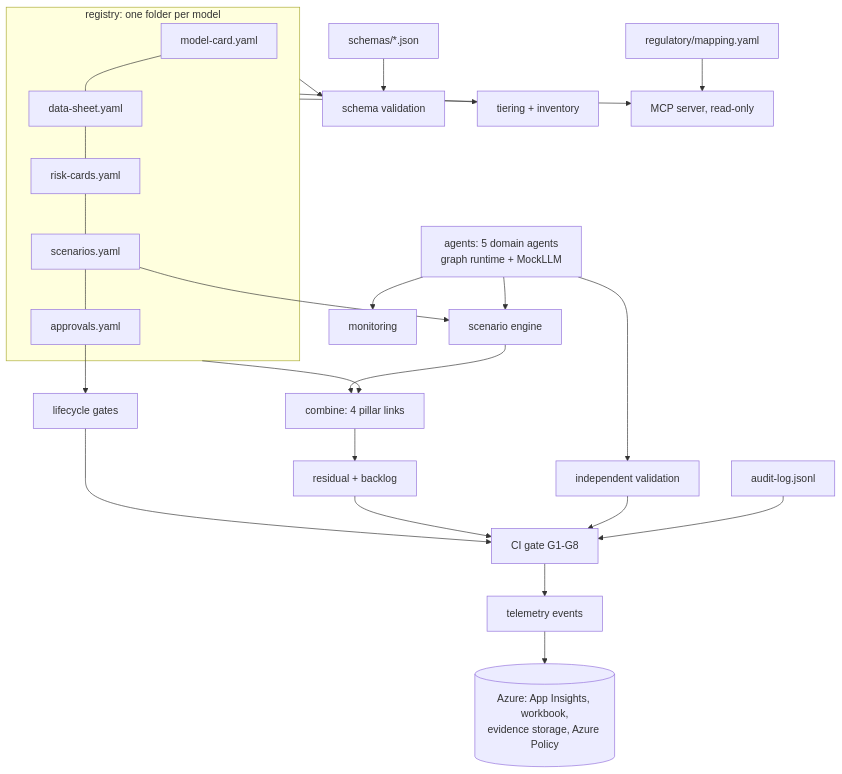
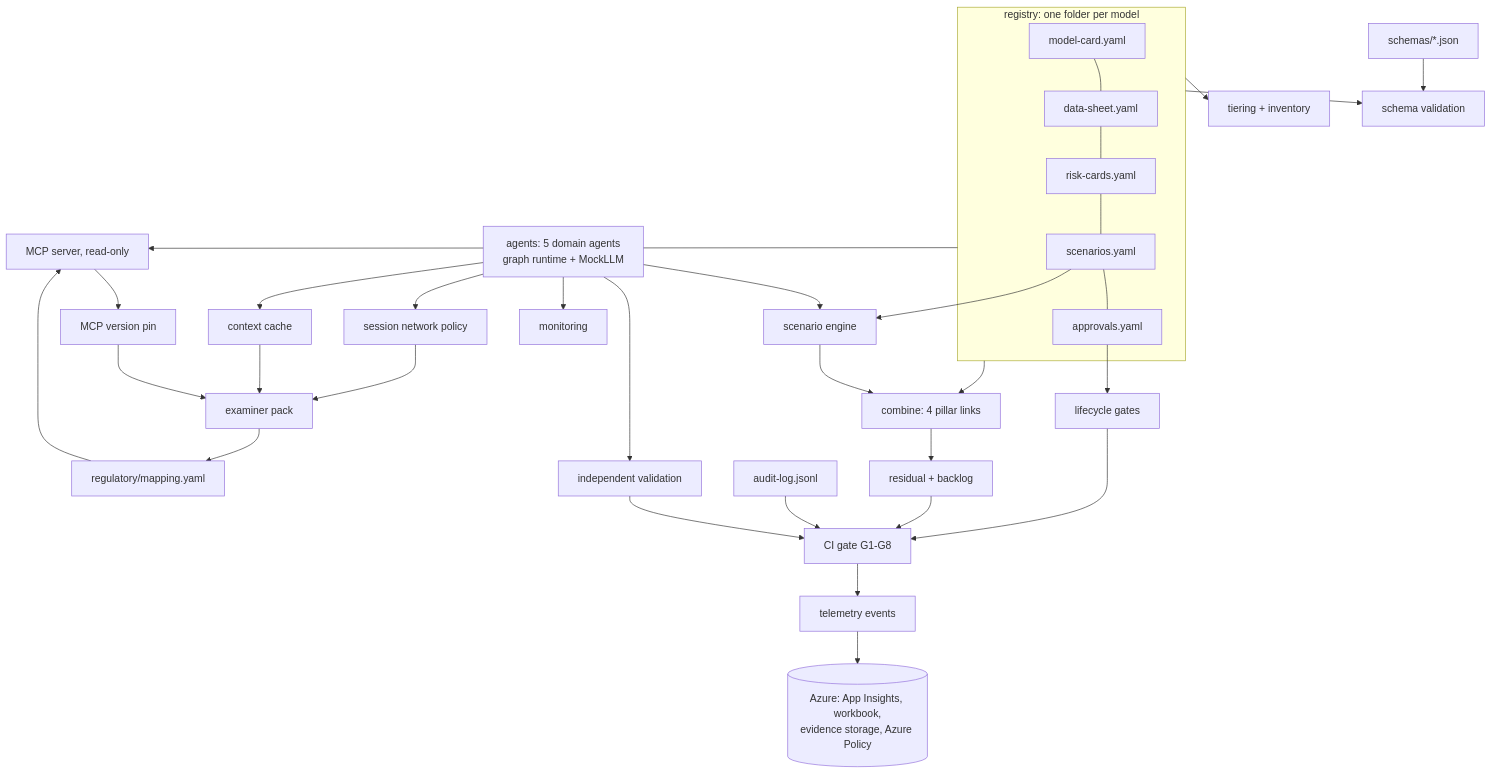
Before and after one commit to jagadishmazure-jpg/Jagadish-agentic-ai-model-risk: the diagram in docs/architecture.md, drawn with Mermaid. The commit also changed other lines of this file and 30 other files, not shown here.

````diff
--- a/docs/architecture.md
+++ b/docs/architecture.md
@@ -3,21 +3,26 @@
 ```mermaid
 flowchart TB
   subgraph Registry[registry: one folder per model]
     MC[model-card.yaml] --- DS[data-sheet.yaml] --- RC[risk-cards.yaml] --- SC[scenarios.yaml] --- AP[approvals.yaml]
   end
   SCH[schemas/*.json] --> V[schema validation]
   Registry --> V
   Registry --> TIER[tiering + inventory]
   Registry --> COMB[combine: 4 pillar links]
   AG[agents: 5 domain agents<br/>graph runtime + MockLLM] --> ENG[scenario engine]
   SC --> ENG --> COMB
   COMB --> RES[residual + backlog]
   AG --> VAL[independent validation] & MON[monitoring]
+  AG --> NET[session network policy]
+  AG --> CACHE[context cache]
   AP --> LC[lifecycle gates] --> GATE
   RES --> GATE[CI gate G1-G8]
   VAL --> GATE
   LOG[audit-log.jsonl] --> GATE
   GATE --> TEL[telemetry events] --> AZ[(Azure: App Insights, workbook,<br/>evidence storage, Azure Policy)]
   Registry --> MCP[MCP server, read-only]
+  MCP --> PIN[MCP version pin]
+  NET & CACHE & PIN --> EX[examiner pack]
   REG[regulatory/mapping.yaml] --> MCP
+  EX --> REG
 ```
````
